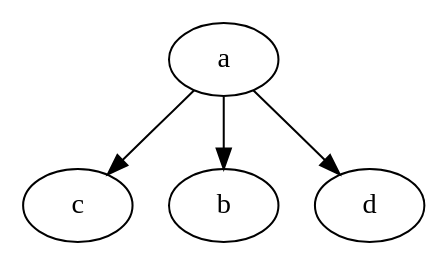
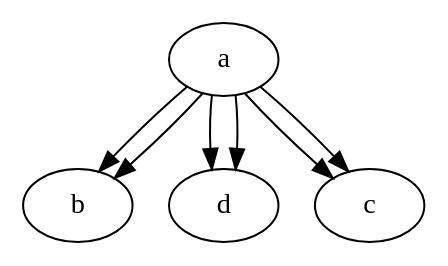
One commit to yianni1/306GitProject changed the diagram in 306Project/src/main/resources/DotFiles/output.dot. Above: the diagram before and after it, drawn with Graphviz. The commit also changed 5 other files, not shown here.

```diff
--- a/306Project/src/main/resources/DotFiles/output.dot
+++ b/306Project/src/main/resources/DotFiles/output.dot
@@ -1,9 +1,12 @@
-digraph outputOutput {
-  a  [Weight=1,Start=-1,Processor=1];
-  c  [Weight=6,Start=-1,Processor=1];
-  b  [Weight=5,Start=-1,Processor=1];
-  d  [Weight=7,Start=-1,Processor=1];
+digraph OUTPUTOutput {
+  a  [Weight=1,Start=0,Processor=1];
+  b  [Weight=5,Start=2,Processor=1];
+  d  [Weight=7,Start=12,Processor=1];
+  a->b  [Weight=5];
   a->c  [Weight=6];
   a->d  [Weight=3];
+  c  [Weight=6,Start=0,Processor=1];
   a->b  [Weight=5];
+  a->c  [Weight=6];
+  a->d  [Weight=3];
 }
```
